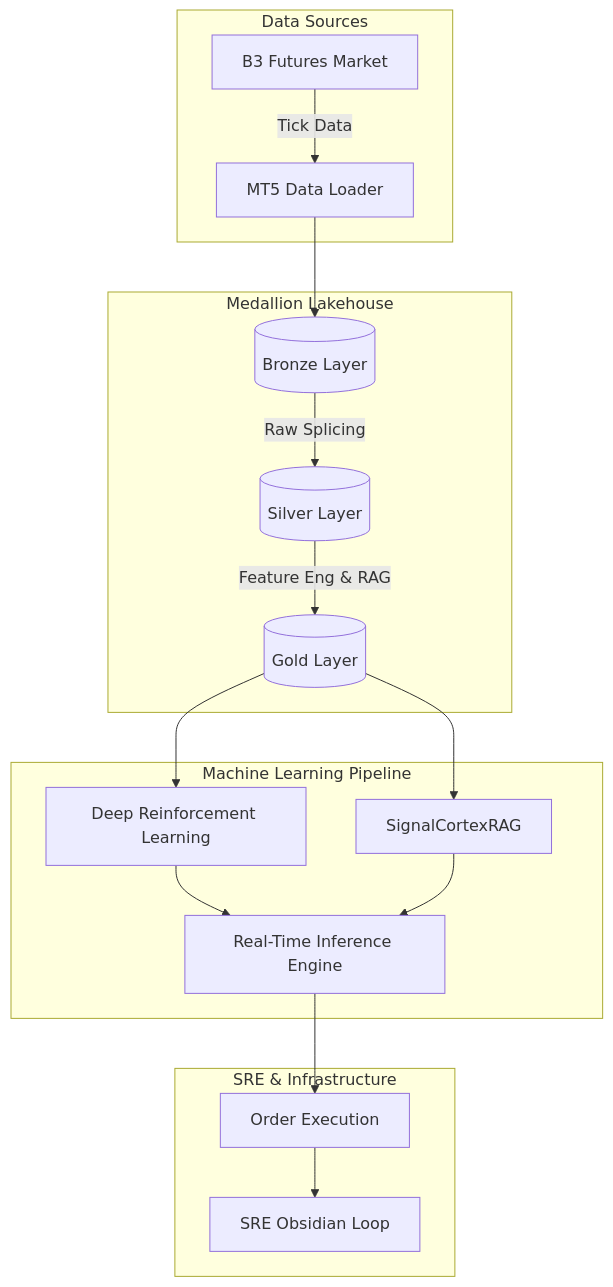
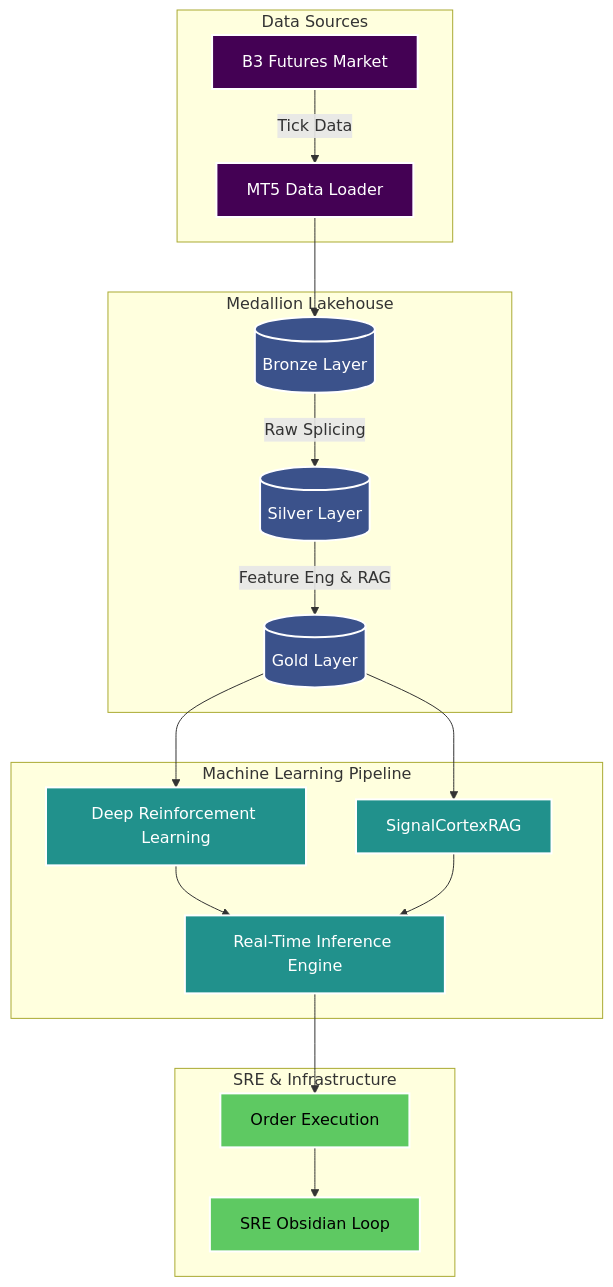
The diagram in README.md (LucianoBritis/mlops-architecture-showcase), drawn with Mermaid before and after one commit.

Commit message:
style: Apply Viridis color palette to Mermaid diagram

````diff
--- a/README.md
+++ b/README.md
@@ -13,24 +13,29 @@
 ```mermaid
 graph TD
+    classDef source fill:#440154,color:#fff,stroke:#fff,stroke-width:2px;
+    classDef medallion fill:#3B528B,color:#fff,stroke:#fff,stroke-width:2px;
+    classDef ml fill:#21918C,color:#fff,stroke:#fff,stroke-width:2px;
+    classDef sre fill:#5EC962,color:#000,stroke:#fff,stroke-width:2px;
+
     subgraph Data Sources
-        B3[B3 Futures Market] --> |Tick Data| Ingest[MT5 Data Loader]
+        B3[B3 Futures Market]:::source --> |Tick Data| Ingest[MT5 Data Loader]:::source
     end
 
     subgraph Medallion Lakehouse
-        Ingest --> Bronze[(Bronze Layer)]
-        Bronze --> |Raw Splicing| Silver[(Silver Layer)]
-        Silver --> |Feature Eng & RAG| Gold[(Gold Layer)]
+        Ingest --> Bronze[(Bronze Layer)]:::medallion
+        Bronze --> |Raw Splicing| Silver[(Silver Layer)]:::medallion
+        Silver --> |Feature Eng & RAG| Gold[(Gold Layer)]:::medallion
     end
 
     subgraph Machine Learning Pipeline
-        Gold --> DRL[Deep Reinforcement Learning]
-        Gold --> Semantic[SignalCortexRAG]
-        DRL --> Inference[Real-Time Inference Engine]
+        Gold --> DRL[Deep Reinforcement Learning]:::ml
+        Gold --> Semantic[SignalCortexRAG]:::ml
+        DRL --> Inference[Real-Time Inference Engine]:::ml
         Semantic --> Inference
     end
 
     subgraph SRE & Infrastructure
-        Inference --> Exec[Order Execution]
-        Exec --> Monitor[SRE Obsidian Loop]
+        Inference --> Exec[Order Execution]:::sre
+        Exec --> Monitor[SRE Obsidian Loop]:::sre
     end
 ```
````
